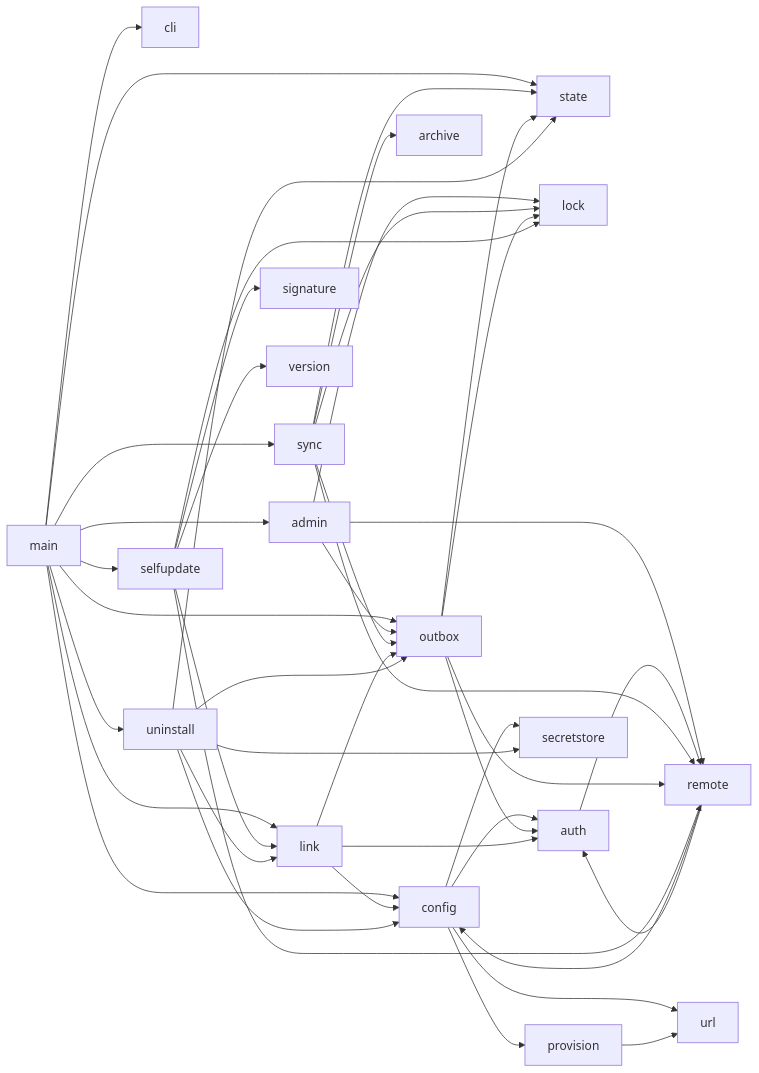
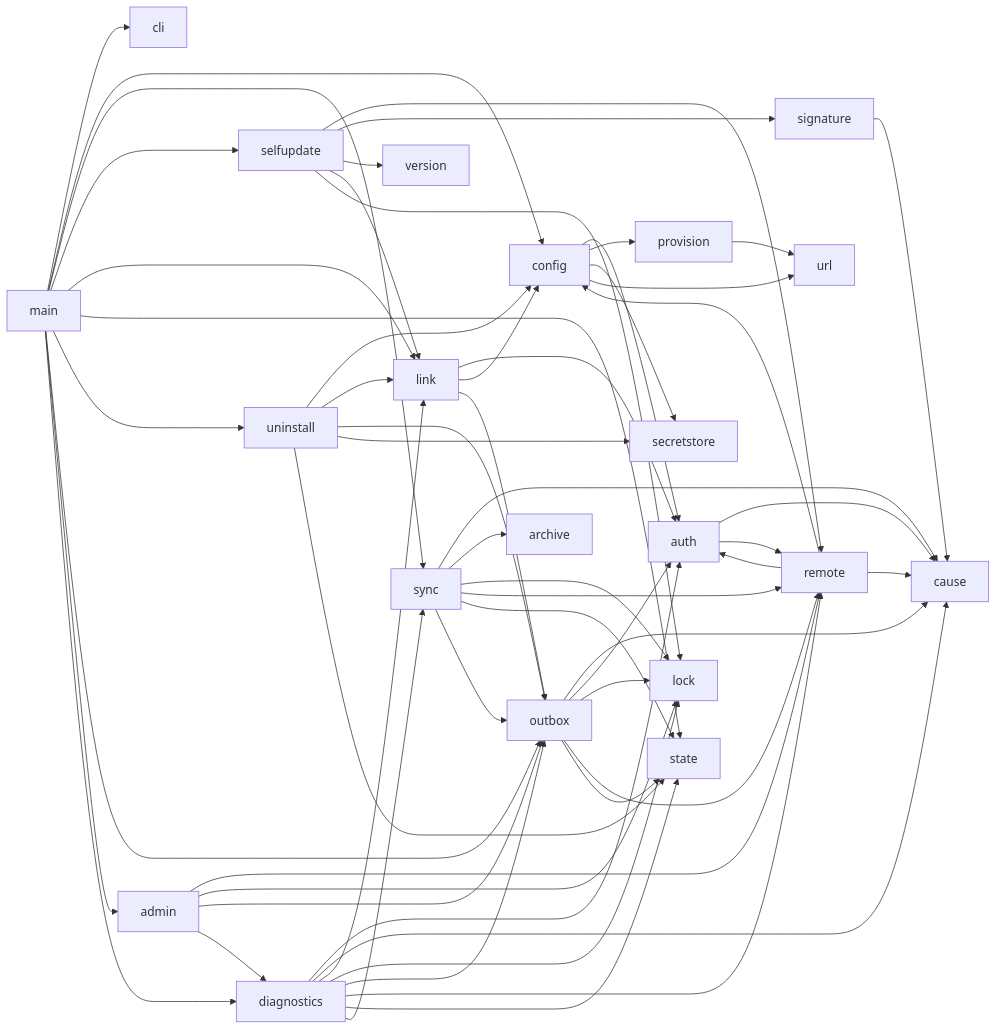
The diagram in docs/ARCHITECTURE.md (damac-italia/brainmaker), drawn with Mermaid before and after one commit. The commit also changed other lines of this file and 19 other files, not shown here.

````diff
--- a/docs/ARCHITECTURE.md
+++ b/docs/ARCHITECTURE.md
@@ -47,45 +49,60 @@
 ```mermaid
 graph LR
     main --> cli
     main --> config
     main --> sync
     main --> selfupdate
     main --> link
     main --> state
     main --> uninstall
     main --> outbox
     main --> admin
+    main --> diagnostics
     admin --> remote
     admin --> lock
     admin --> outbox
+    admin --> diagnostics
+    diagnostics --> auth
+    diagnostics --> cause
+    diagnostics --> link
+    diagnostics --> lock
+    diagnostics --> outbox
+    diagnostics --> remote
+    diagnostics --> state
+    diagnostics --> sync
+    remote --> cause
+    auth --> cause
+    sync --> cause
+    signature --> cause
+    outbox --> cause
     config --> auth
     config --> provision
     config --> secretstore
     config --> url
     provision --> url
     auth --> remote
     sync --> archive
     sync --> lock
     sync --> remote
     sync --> state
     sync --> outbox
     outbox --> auth
     outbox --> lock
     outbox --> remote
     outbox --> state
     selfupdate --> remote
     selfupdate --> signature
     selfupdate --> version
     selfupdate --> link
     selfupdate --> lock
     remote --> config
     remote --> auth
     link --> auth
     link --> config
     link --> outbox
     uninstall --> config
     uninstall --> link
     uninstall --> outbox
     uninstall --> secretstore
     uninstall --> state
 ```
````
